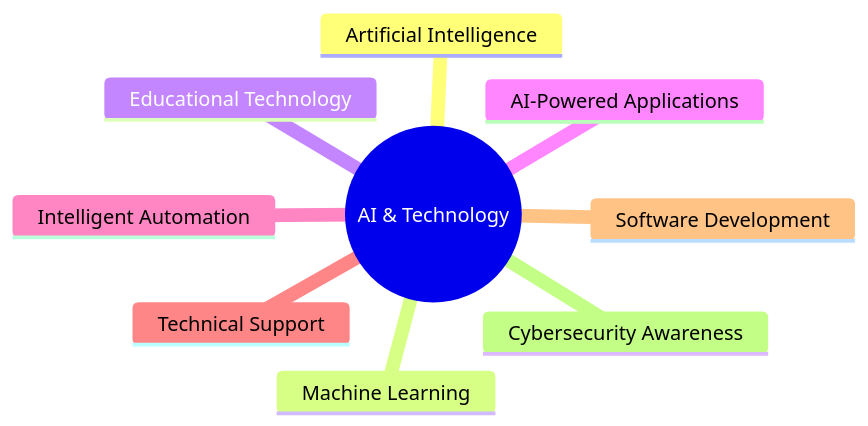
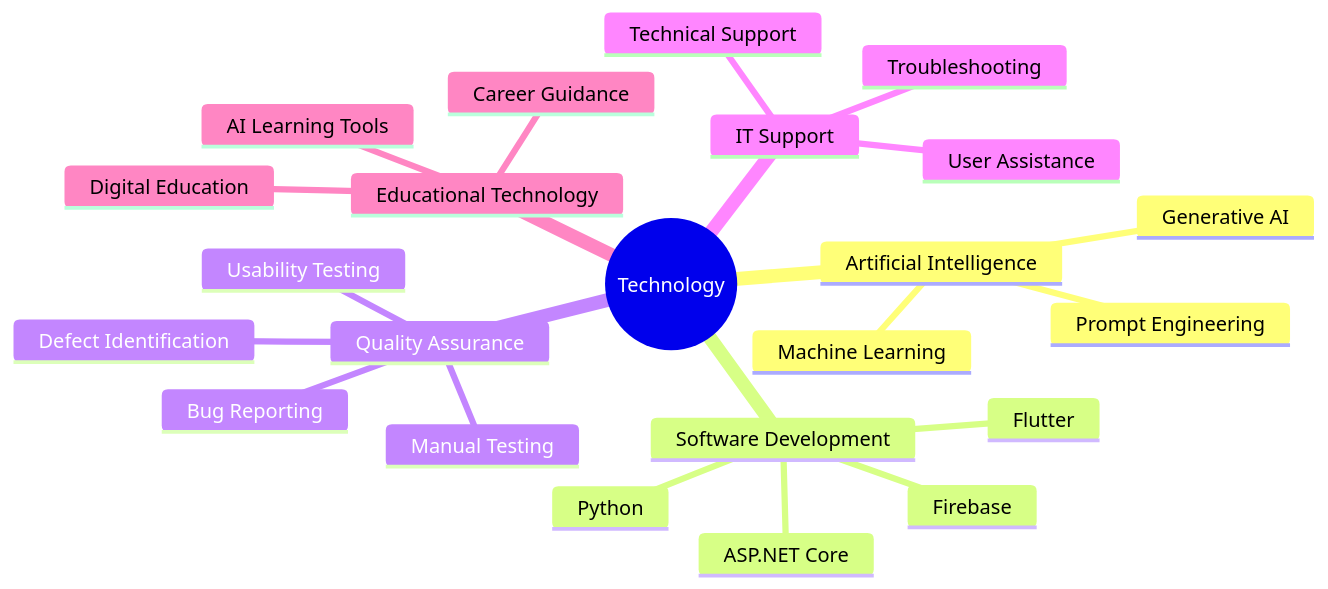
One commit to Ncamie/Ncamie changed the diagram in README.md. Above: the diagram before and after it, drawn with Mermaid. The commit also changed other lines of this file, not shown here.

````diff
--- a/README.md
+++ b/README.md
@@ -167,12 +325,26 @@
 ```mermaid
 mindmap
-  root((AI & Technology))
+  root((Technology))
     Artificial Intelligence
-    Machine Learning
+      Generative AI
+      Prompt Engineering
+      Machine Learning
+    Software Development
+      Flutter
+      ASP.NET Core
+      Firebase
+      Python
+    Quality Assurance
+      Manual Testing
+      Bug Reporting
+      Usability Testing
+      Defect Identification
+    IT Support
+      Troubleshooting
+      Technical Support
+      User Assistance
     Educational Technology
-    AI-Powered Applications
-    Intelligent Automation
-    Technical Support
-    Software Development
-    Cybersecurity Awareness
+      AI Learning Tools
+      Career Guidance
+      Digital Education
 ```
````
